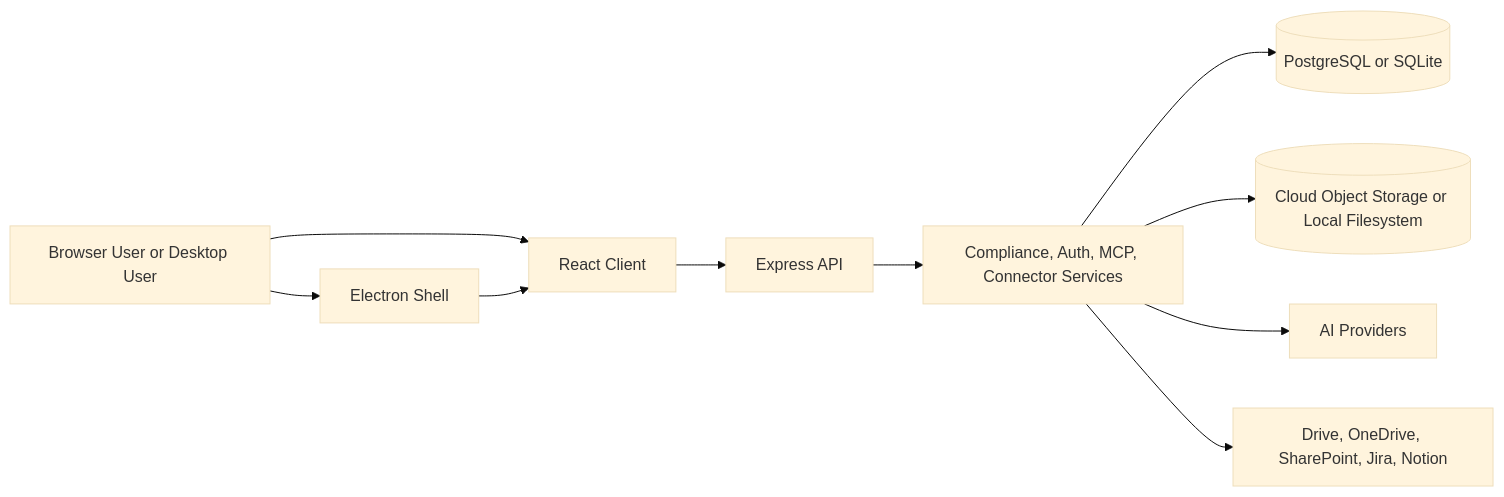
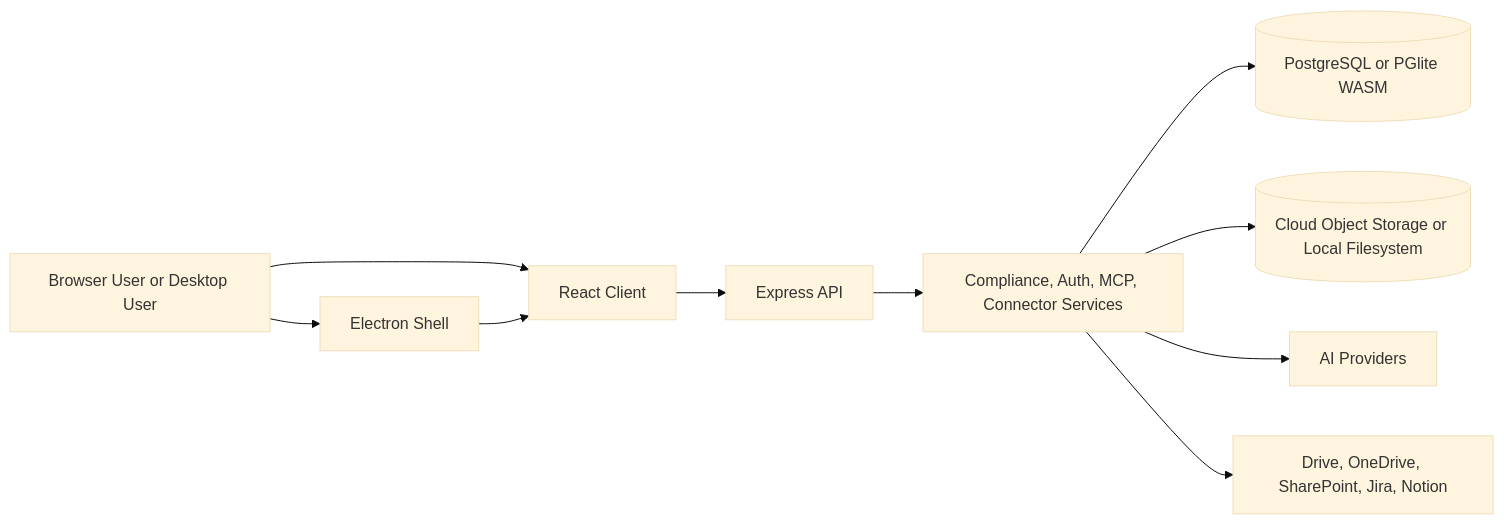
One commit to kherrera6219/cyberdocgen changed the first of 4 diagrams in docs/DIAGRAMS.md. Above: the diagram before and after it, drawn with Mermaid (base theme). The commit also changed other lines of this file and 9 other files, not shown here.

Commit message:
docs: synchronize all documentation with next-gen compliance engines, PGlite WASM, and 42-route architecture

````diff
--- a/docs/DIAGRAMS.md
+++ b/docs/DIAGRAMS.md
@@ -9,22 +9,22 @@
 ```mermaid
 flowchart LR
     User[Browser User or Desktop User]
     Client[React Client]
     Desktop[Electron Shell]
     API[Express API]
     Services[Compliance, Auth, MCP, Connector Services]
-    DB[(PostgreSQL or SQLite)]
+    DB[(PostgreSQL or PGlite WASM)]
     Storage[(Cloud Object Storage or Local Filesystem)]
     Providers[AI Providers]
     External[Drive, OneDrive, SharePoint, Jira, Notion]
 
     User --> Client
     User --> Desktop
     Desktop --> Client
     Client --> API
     API --> Services
     Services --> DB
     Services --> Storage
     Services --> Providers
     Services --> External
 ```
````
